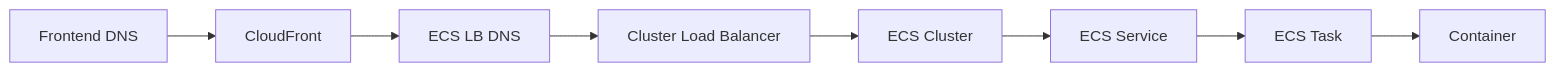
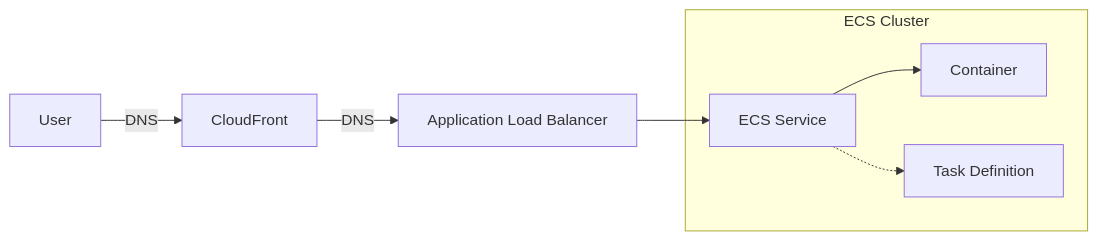
Before and after one commit to rust-lang/simpleinfra: the second of 2 diagrams in terragrunt/modules/docs-rs/README.md, drawn with Mermaid. The commit also changed other lines of this file, not shown here.

Commit message:
Address PR feedback

````diff
--- a/terragrunt/modules/docs-rs/README.md
+++ b/terragrunt/modules/docs-rs/README.md
@@ -37,10 +40,11 @@
 ```mermaid
 flowchart LR
-    DNS1[Frontend DNS] --> CloudFront
-    CloudFront --> DNS2[ECS LB DNS]
-    DNS2 --> ECSLB[Cluster Load Balancer]
-    ECSLB --> cluster[ECS Cluster]
-    cluster --> service[ECS Service]
-    service --> task[ECS Task]
-    task --> Container
+    User -- DNS --> CloudFront
+    CloudFront -- DNS --> ECSLB[Application Load Balancer]    
+    ECSLB --> service[ECS Service]
+    
+    subgraph ecs [ECS Cluster]
+        service --> Container
+        service -.-> task[Task Definition]
+    end
 ```
````
